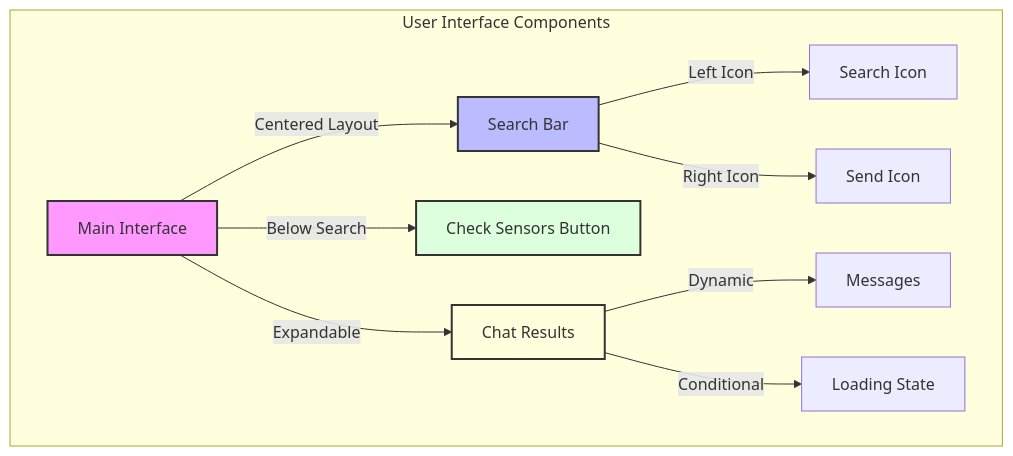
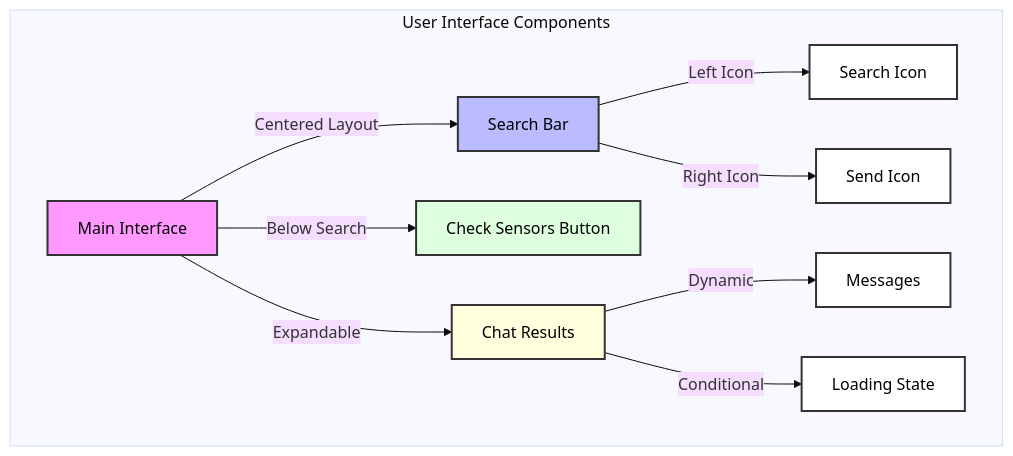
Before and after one commit to zhutoutoutousan/chat-iot: the second of 5 diagrams in ARCHITECTURE.md, drawn with Mermaid. The commit also changed other lines of this file, not shown here.

````diff
--- a/ARCHITECTURE.md
+++ b/ARCHITECTURE.md
@@ -52,19 +56,24 @@
 ```mermaid
+%%{init: {'theme': 'base', 'themeVariables': { 'fontFamily': 'arial', 'fontSize': '16px', 'textColor': '#000000' }}}%%
 graph TD
     subgraph "User Interface Components"
         MI[Main Interface] --> |Centered Layout| SB[Search Bar]
         MI --> |Below Search| CB[Check Sensors Button]
         MI --> |Expandable| CR[Chat Results]
         
         SB --> |Left Icon| SI[Search Icon]
         SB --> |Right Icon| SD[Send Icon]
         
         CR --> |Dynamic| MSG[Messages]
         CR --> |Conditional| LD[Loading State]
     end
 
-    style MI fill:#f9f,stroke:#333,stroke-width:2px
-    style SB fill:#bbf,stroke:#333,stroke-width:2px
-    style CB fill:#dfd,stroke:#333,stroke-width:2px
-    style CR fill:#ffd,stroke:#333,stroke-width:2px
+    style MI fill:#f9f,stroke:#333,stroke-width:2px,color:#000
+    style SB fill:#bbf,stroke:#333,stroke-width:2px,color:#000
+    style CB fill:#dfd,stroke:#333,stroke-width:2px,color:#000
+    style CR fill:#ffd,stroke:#333,stroke-width:2px,color:#000
+    style SI fill:#fff,stroke:#333,stroke-width:2px,color:#000
+    style SD fill:#fff,stroke:#333,stroke-width:2px,color:#000
+    style MSG fill:#fff,stroke:#333,stroke-width:2px,color:#000
+    style LD fill:#fff,stroke:#333,stroke-width:2px,color:#000
 ```
````
